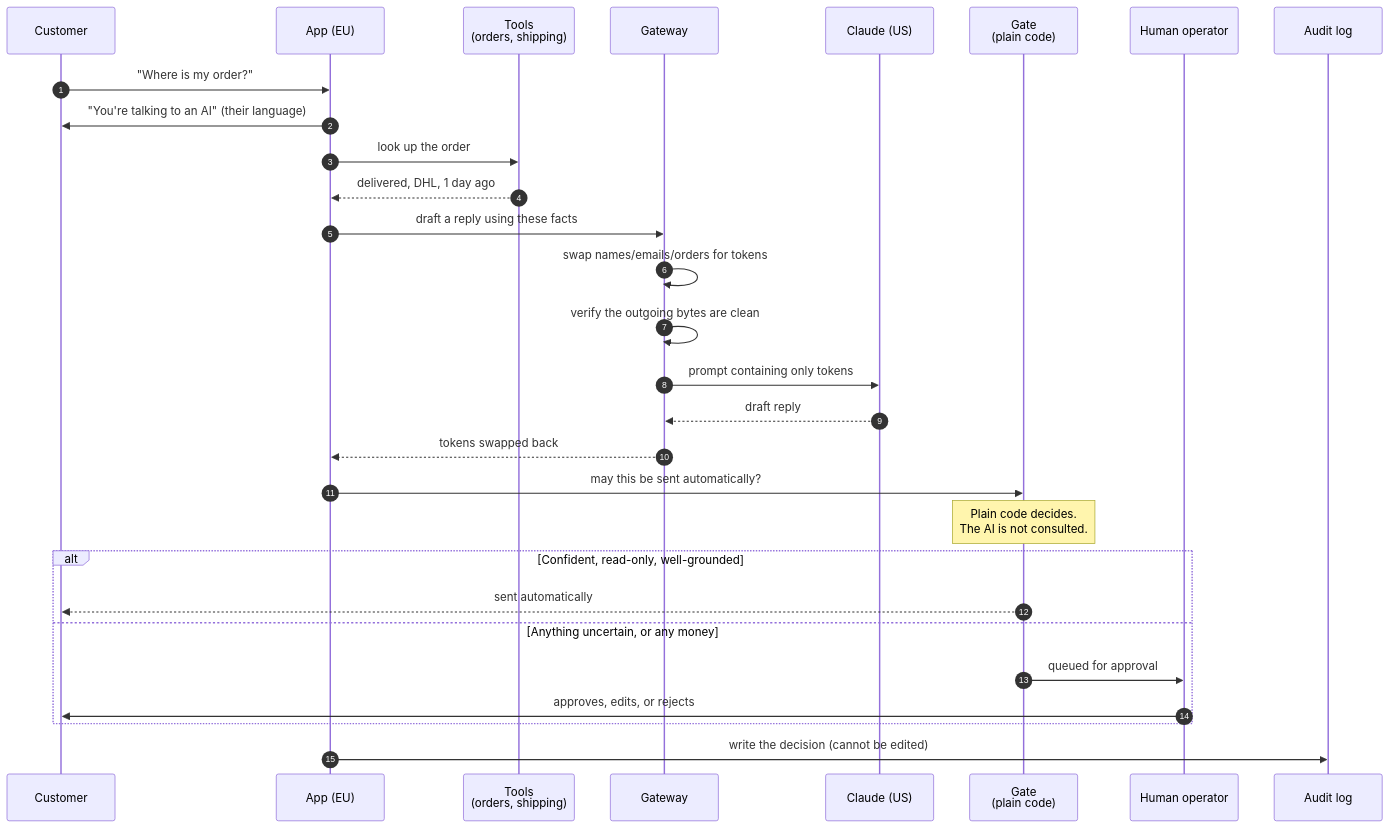
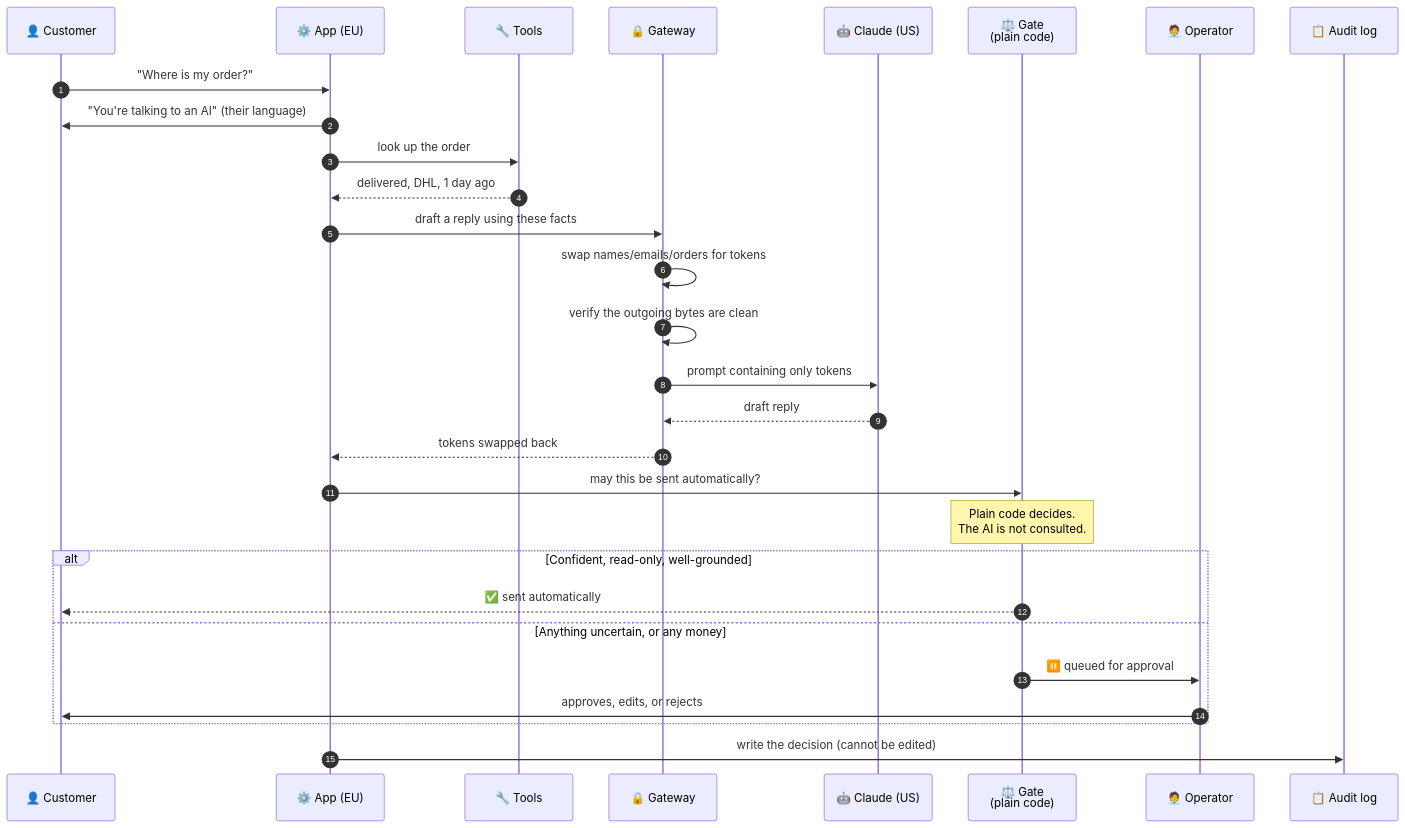
One commit to ejazfahil/Universal_Sales_Agent_Multi_Tenant changed the third of 14 diagrams in README.md. Above: the diagram before and after it, drawn with Mermaid. The commit also changed other lines of this file, not shown here.

````diff
--- a/README.md
+++ b/README.md
@@ -99,32 +143,32 @@
 ```mermaid
 sequenceDiagram
     autonumber
-    participant C as Customer
-    participant A as App (EU)
-    participant T as Tools<br/>(orders, shipping)
-    participant G as Gateway
-    participant M as Claude (US)
-    participant GATE as Gate<br/>(plain code)
-    participant H as Human operator
-    participant L as Audit log
+    participant C as 👤 Customer
+    participant A as ⚙️ App (EU)
+    participant T as 🔧 Tools
+    participant G as 🔒 Gateway
+    participant M as 🤖 Claude (US)
+    participant GATE as ⚖️ Gate<br/>(plain code)
+    participant H as 🧑‍💼 Operator
+    participant L as 📋 Audit log
 
     C->>A: "Where is my order?"
     A->>C: "You're talking to an AI" (their language)
     A->>T: look up the order
     T-->>A: delivered, DHL, 1 day ago
     A->>G: draft a reply using these facts
     G->>G: swap names/emails/orders for tokens
     G->>G: verify the outgoing bytes are clean
     G->>M: prompt containing only tokens
     M-->>G: draft reply
     G-->>A: tokens swapped back
     A->>GATE: may this be sent automatically?
     Note over GATE: Plain code decides.<br/>The AI is not consulted.
     alt Confident, read-only, well-grounded
-        GATE-->>C: sent automatically
+        GATE-->>C: ✅ sent automatically
     else Anything uncertain, or any money
-        GATE->>H: queued for approval
+        GATE->>H: ⏸️ queued for approval
         H->>C: approves, edits, or rejects
     end
     A->>L: write the decision (cannot be edited)
 ```
````
